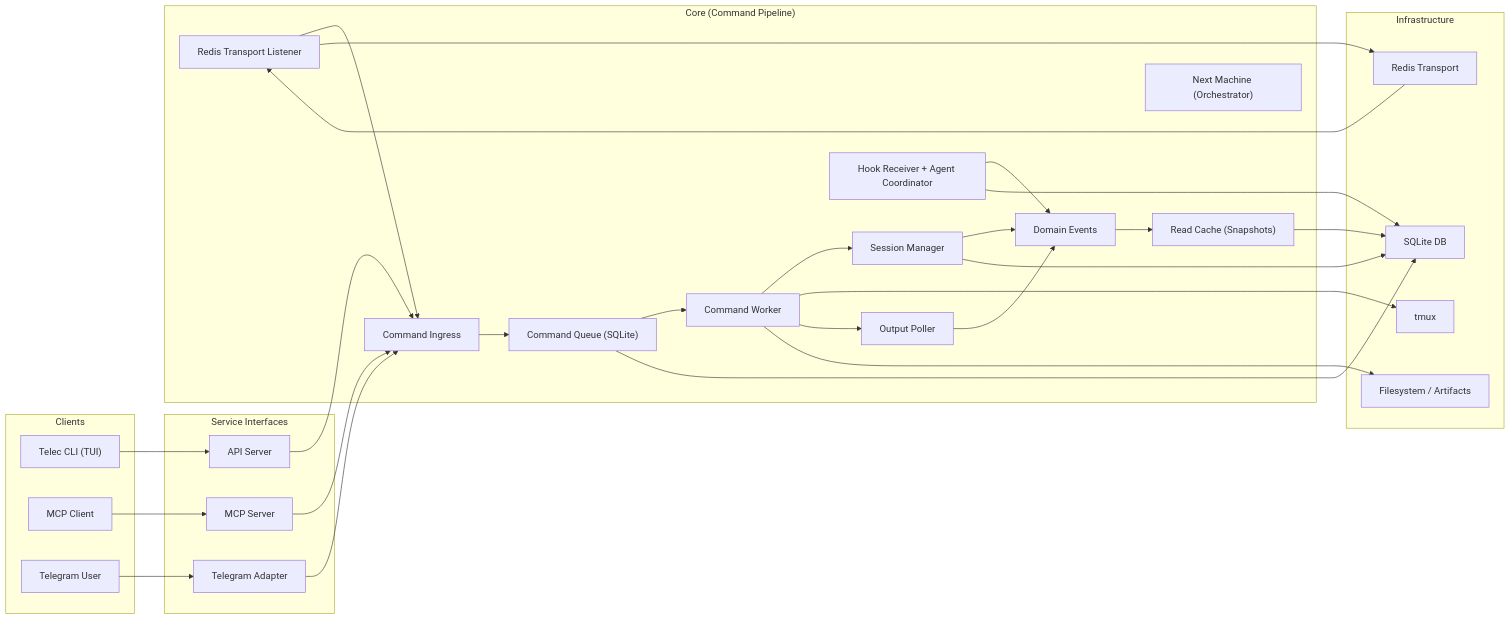
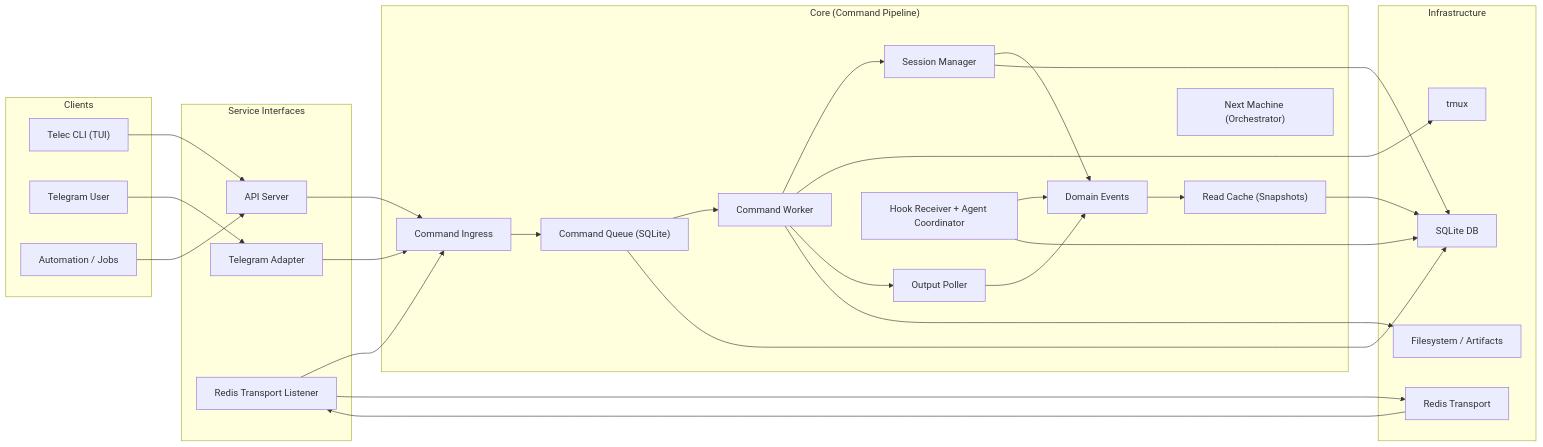
One commit to InstruktAI/TeleClaude changed the first of 5 diagrams in docs/project/design/architecture/system-overview.md. Above: the diagram before and after it, drawn with Mermaid. The commit also changed other lines of this file and 75 other files, not shown here.

````diff
--- a/docs/project/design/architecture/system-overview.md
+++ b/docs/project/design/architecture/system-overview.md
@@ -14,64 +14,62 @@
 ```mermaid
 flowchart LR
     subgraph Clients
         TelecCLI["Telec CLI (TUI)"]
-        MCPClient["MCP Client"]
         TGUser["Telegram User"]
+        Automation["Automation / Jobs"]
     end
 
     subgraph ServiceInterfaces["Service Interfaces"]
         RESTServer["API Server"]
-        MCPServer["MCP Server"]
         TGAdapter["Telegram Adapter"]
+        RedisIngress["Redis Transport Listener"]
     end
 
     subgraph Core["Core (Command Pipeline)"]
         Ingress["Command Ingress"]
         Queue["Command Queue (SQLite)"]
         Worker["Command Worker"]
         Sessions["Session Manager"]
         Poller["Output Poller"]
         Hooks["Hook Receiver + Agent Coordinator"]
         Events["Domain Events"]
         Cache["Read Cache (Snapshots)"]
-        RedisIngress["Redis Transport Listener"]
         NextMachine["Next Machine (Orchestrator)"]
     end
 
     subgraph Infrastructure
         SQLite["SQLite DB"]
         Redis["Redis Transport"]
         TMUX["tmux"]
         FS["Filesystem / Artifacts"]
     end
 
     TelecCLI --> RESTServer
-    MCPClient --> MCPServer
     TGUser --> TGAdapter
+    Automation --> RESTServer
 
     RESTServer --> Ingress
-    MCPServer --> Ingress
     TGAdapter --> Ingress
     RedisIngress --> Ingress
 
     Ingress --> Queue
     Queue --> Worker
 
     Worker --> Sessions
     Worker --> TMUX
     Worker --> Poller
     Worker --> FS
 
     Poller --> Events
     Hooks --> Events
     Sessions --> Events
     Events --> Cache
 
     Sessions --> SQLite
     Queue --> SQLite
     Hooks --> SQLite
     Cache --> SQLite
 
     RedisIngress --> Redis
     Redis --> RedisIngress
 ```
````
